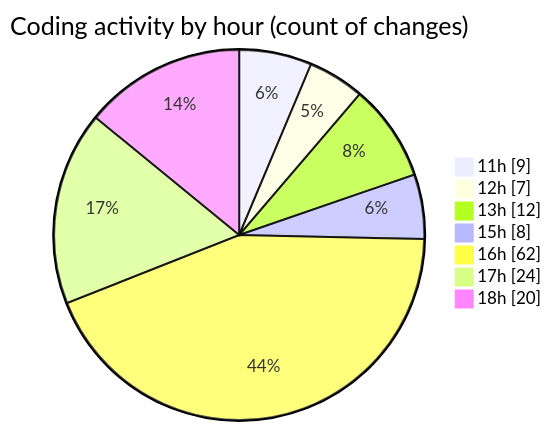
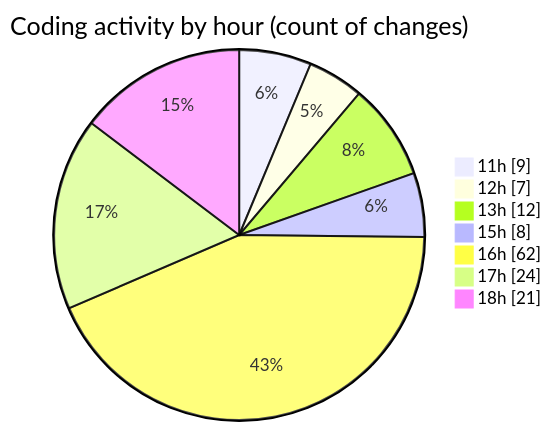
One commit to EIIisD/code-tracking changed the second of 2 diagrams in 2025-08-07/ribbon/README.md. Above: the diagram before and after it, drawn with Mermaid. The commit also changed other lines of this file and 1 other file, not shown here.

````diff
--- a/2025-08-07/ribbon/README.md
+++ b/2025-08-07/ribbon/README.md
@@ -49,11 +49,11 @@
 ```mermaid
 pie showData
 title Coding activity by hour (count of changes)
 "11h" : 9
 "12h" : 7
 "13h" : 12
 "15h" : 8
 "16h" : 62
 "17h" : 24
-"18h" : 20
+"18h" : 21
 ```
````
